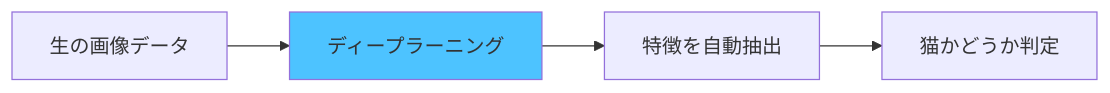
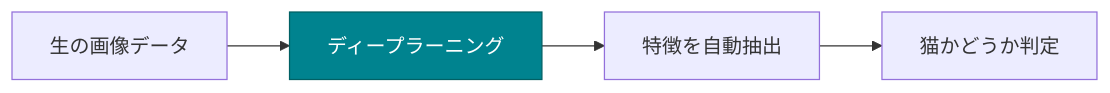
The second of 2 diagrams in book/pages/ディープラーニングとは.md (cyber-freaks-jp/AI_Driven_Development_Course), drawn with Mermaid before and after one commit. The commit also changed other lines of this file and 5 other files, not shown here.

````diff
--- a/book/pages/ディープラーニングとは.md
+++ b/book/pages/ディープラーニングとは.md
@@ -40,8 +40,8 @@
 ```mermaid
 graph LR
     A[生の画像データ] --> B[ディープラーニング]
     B --> C[特徴を自動抽出]
     C --> D[猫かどうか判定]
 
-    style B fill:#4dc3ff
+    style B fill:#00838F,color:#FFFFFF,stroke:#006064
 ```
````
